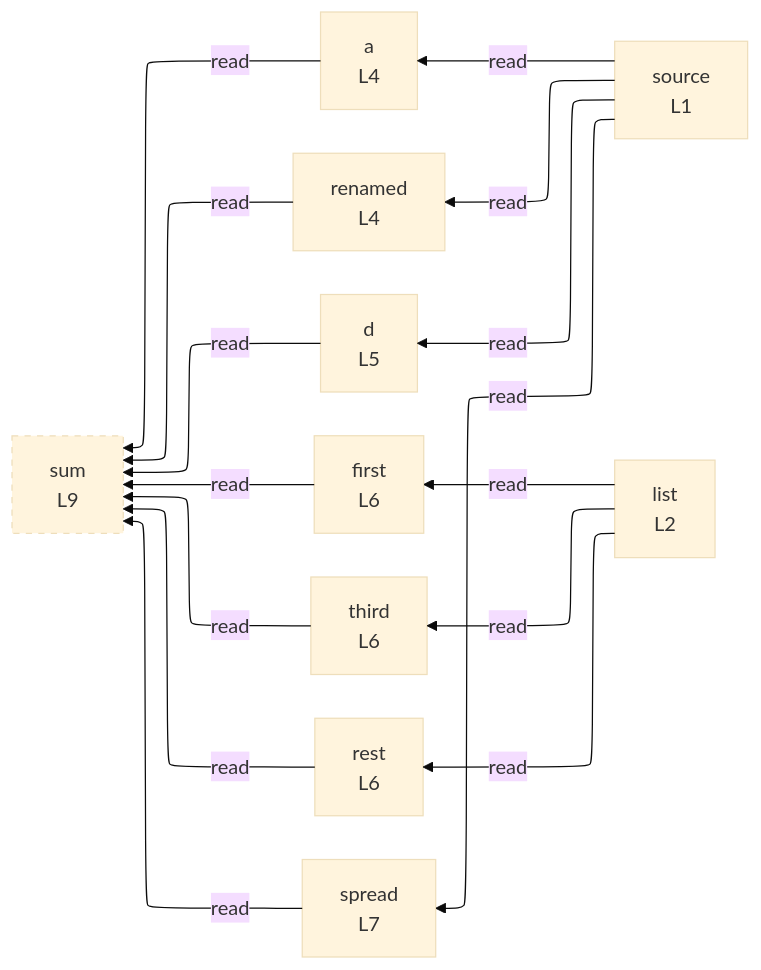
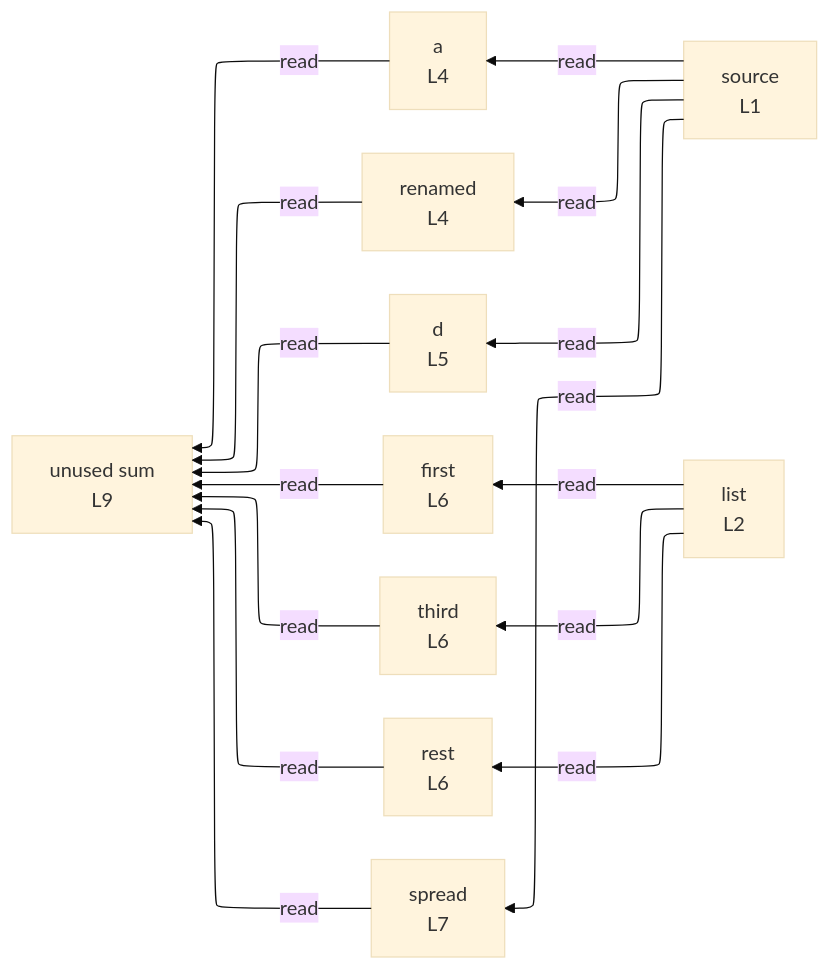
The diagram in integration/fixtures/destructuring/preview.md (crescware/unsnarl), drawn with Mermaid (base theme) before and after one commit. The commit also changed 75 other files, not shown here.

````diff
--- a/integration/fixtures/destructuring/preview.md
+++ b/integration/fixtures/destructuring/preview.md
@@ -19,30 +19,28 @@
 ```mermaid
 %%{init: {"flowchart": {"defaultRenderer": "elk"}}}%%
 flowchart RL
   n_scope_0_source_6["source<br/>L1"]
   n_scope_0_list_61["list<br/>L2"]
   n_scope_0_a_95["a<br/>L4"]
   n_scope_0_renamed_101["renamed<br/>L4"]
   n_scope_0_d_139["d<br/>L5"]
   n_scope_0_first_162["first<br/>L6"]
   n_scope_0_third_171["third<br/>L6"]
   n_scope_0_rest_181["rest<br/>L6"]
   n_scope_0_spread_206["spread<br/>L7"]
-  n_scope_0_sum_232["sum<br/>L9"]
+  n_scope_0_sum_232["unused sum<br/>L9"]
   n_scope_0_source_6 -->|read| n_scope_0_a_95
   n_scope_0_source_6 -->|read| n_scope_0_renamed_101
   n_scope_0_source_6 -->|read| n_scope_0_d_139
   n_scope_0_list_61 -->|read| n_scope_0_first_162
   n_scope_0_list_61 -->|read| n_scope_0_third_171
   n_scope_0_list_61 -->|read| n_scope_0_rest_181
   n_scope_0_source_6 -->|read| n_scope_0_spread_206
   n_scope_0_a_95 -->|read| n_scope_0_sum_232
   n_scope_0_renamed_101 -->|read| n_scope_0_sum_232
   n_scope_0_d_139 -->|read| n_scope_0_sum_232
   n_scope_0_first_162 -->|read| n_scope_0_sum_232
   n_scope_0_third_171 -->|read| n_scope_0_sum_232
   n_scope_0_rest_181 -->|read| n_scope_0_sum_232
   n_scope_0_spread_206 -->|read| n_scope_0_sum_232
-  classDef unused stroke-dasharray: 5 5;
-  class n_scope_0_sum_232 unused;
 ```
````
